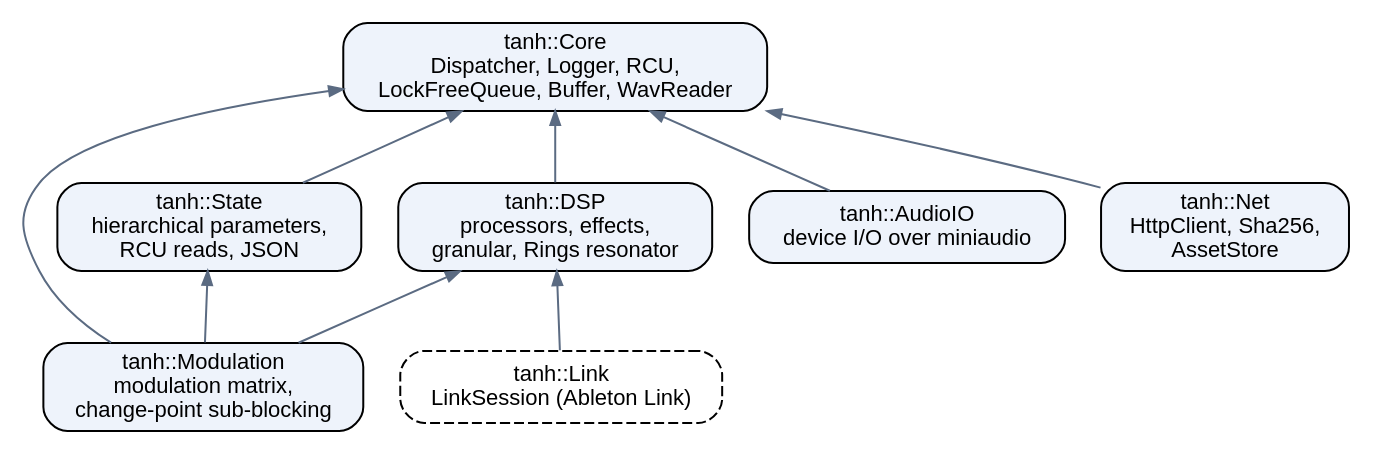
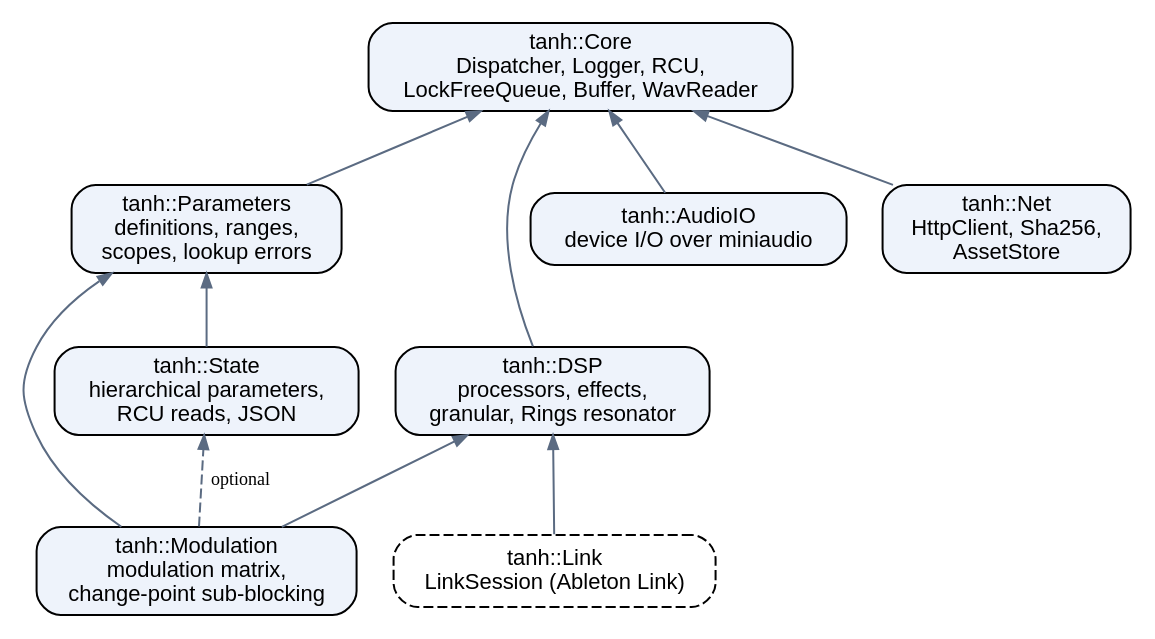
Before and after one commit to tanh-lab/tanh-lib: the diagram in docs/sphinx/components.rst, drawn with Graphviz. The commit also changed other lines of this file and 5 other files, not shown here.

```diff
--- a/docs/sphinx/components.rst
+++ b/docs/sphinx/components.rst
@@ -9,25 +10,27 @@
 .. graphviz::
    :align: center
 
    digraph components {
        rankdir = BT;
        node [shape=box, style="rounded,filled", fillcolor="#eef3fb", fontname="Helvetica", fontsize=11];
        edge [color="#5b6b82", arrowsize=0.7];
 
        core       [label="tanh::Core\nDispatcher, Logger, RCU,\nLockFreeQueue, Buffer, WavReader"];
+       parameters [label="tanh::Parameters\ndefinitions, ranges,\nscopes, lookup errors"];
        state      [label="tanh::State\nhierarchical parameters,\nRCU reads, JSON"];
        dsp        [label="tanh::DSP\nprocessors, effects,\ngranular, Rings resonator"];
        modulation [label="tanh::Modulation\nmodulation matrix,\nchange-point sub-blocking"];
        audio_io   [label="tanh::AudioIO\ndevice I/O over miniaudio"];
        net        [label="tanh::Net\nHttpClient, Sha256,\nAssetStore"];
        link       [label="tanh::Link\nLinkSession (Ableton Link)", style="rounded,dashed"];
 
-       state -> core;
+       parameters -> core;
+       state -> parameters;
        dsp -> core;
        audio_io -> core;
        net -> core;
-       modulation -> core;
-       modulation -> state;
+       modulation -> parameters;
+       modulation -> state [style=dashed, label="optional", fontsize=9];
        modulation -> dsp;
        link -> dsp;
    }
```
